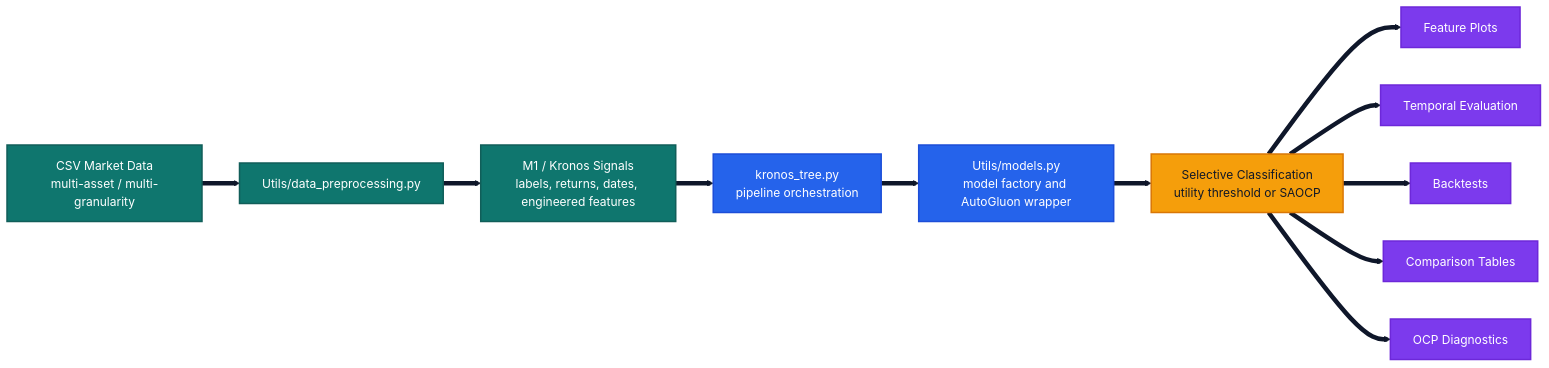
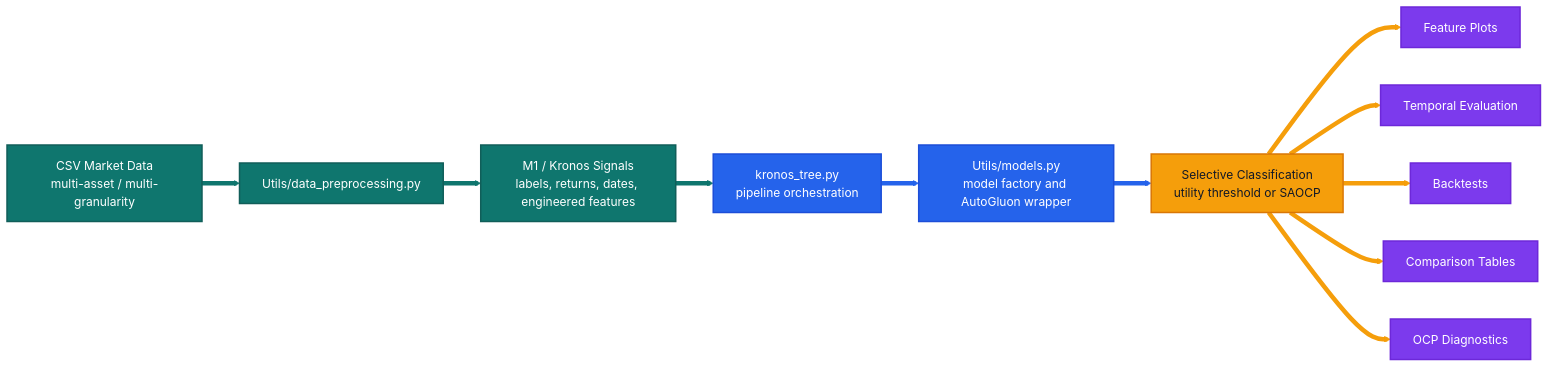
One commit to Pablo-Molla-Charlez/SecondaryModel changed the first of 4 diagrams in README.md. Above: the diagram before and after it, drawn with Mermaid.

Commit message:
Improved Readme3

````diff
--- a/README.md
+++ b/README.md
@@ -36,23 +36,25 @@
 ```mermaid
 %%{init: {'theme': 'base', 'themeVariables': { 'primaryColor': '#0f766e', 'primaryBorderColor': '#115e59', 'primaryTextColor': '#ffffff', 'secondaryColor': '#f59e0b', 'tertiaryColor': '#dbeafe', 'lineColor': '#0f172a', 'background': '#ffffff'}}}%%
 flowchart LR
     A[CSV Market Data<br/>multi-asset / multi-granularity] --> B[Utils/data_preprocessing.py]
     B --> C[M1 / Kronos Signals<br/>labels, returns, dates, engineered features]
     C --> D[kronos_tree.py<br/>pipeline orchestration]
     D --> K[Utils/models.py<br/>model factory and AutoGluon wrapper]
     K --> E[Selective Classification<br/>utility threshold or SAOCP]
     E --> F[Feature Plots]
     E --> G[Temporal Evaluation]
     E --> H[Backtests]
     E --> I[Comparison Tables]
     E --> J[OCP Diagnostics]
     classDef input fill:#0f766e,stroke:#115e59,color:#ffffff,stroke-width:2px;
     classDef model fill:#2563eb,stroke:#1d4ed8,color:#ffffff,stroke-width:2px;
     classDef select fill:#f59e0b,stroke:#d97706,color:#111827,stroke-width:2px;
     classDef report fill:#7c3aed,stroke:#6d28d9,color:#ffffff,stroke-width:2px;
     class A,B,C input;
     class D,K model;
     class E select;
     class F,G,H,I,J report;
-    linkStyle default stroke:#0f172a,stroke-width:6px;
+    linkStyle 0,1,2 stroke:#0f766e,stroke-width:6px;
+    linkStyle 3,4 stroke:#2563eb,stroke-width:6px;
+    linkStyle 5,6,7,8,9 stroke:#f59e0b,stroke-width:6px;
 ```
````
